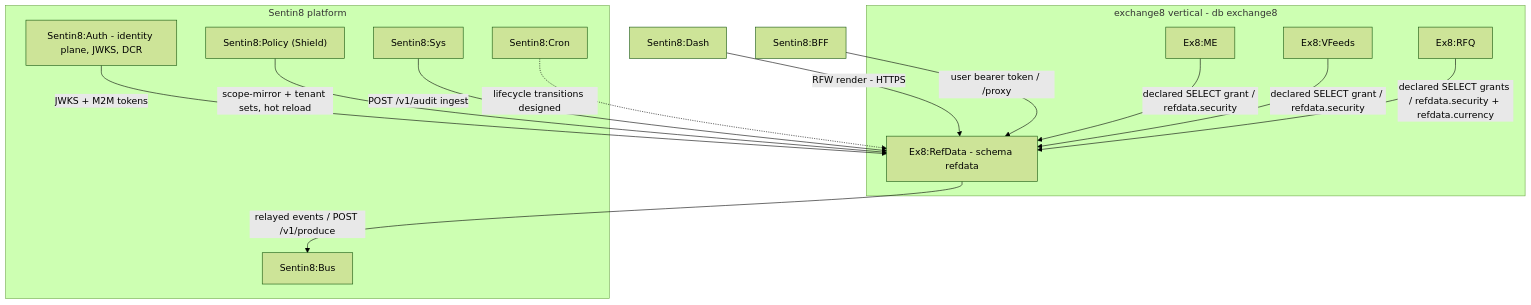
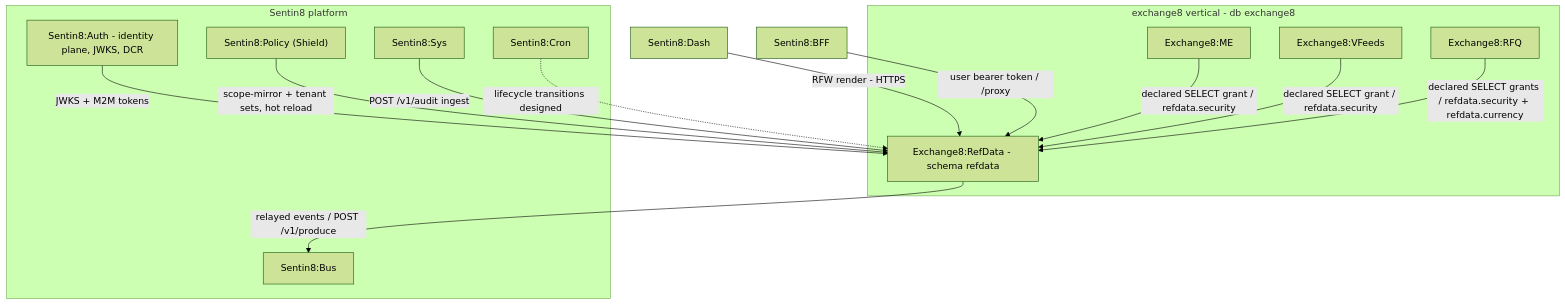
One commit to Exchange8-dev/exchange8-refdata changed the first of 16 diagrams in DESIGN.md. Above: the diagram before and after it, drawn with Mermaid (forest theme). The commit also changed other lines of this file and 12 other files, not shown here.

````diff
--- a/DESIGN.md
+++ b/DESIGN.md
@@ -40,28 +40,28 @@
 ```mermaid
 graph TD
     subgraph Vertical["exchange8 vertical - db exchange8"]
-        RD["Ex8:RefData - schema refdata"]
-        ME["Ex8:ME"]
-        VF["Ex8:VFeeds"]
-        RFQ["Ex8:RFQ"]
+        RD["Exchange8:RefData - schema refdata"]
+        ME["Exchange8:ME"]
+        VF["Exchange8:VFeeds"]
+        RFQ["Exchange8:RFQ"]
     end
     subgraph Platform["Sentin8 platform"]
         AUTH["Sentin8:Auth - identity plane, JWKS, DCR"]
         POLICY["Sentin8:Policy (Shield)"]
         BUS["Sentin8:Bus"]
         SYS["Sentin8:Sys"]
         CRON["Sentin8:Cron"]
     end
     DASH["Sentin8:Dash"]
     BFF["Sentin8:BFF"]
     DASH -->|"RFW render - HTTPS"| RD
     BFF -->|"user bearer token / /proxy"| RD
     AUTH -->|"JWKS + M2M tokens"| RD
     POLICY -->|"scope-mirror + tenant sets, hot reload"| RD
     RD -->|"relayed events / POST /v1/produce"| BUS
     SYS -->|"POST /v1/audit ingest"| RD
     CRON -. lifecycle transitions designed .-> RD
     ME -->|"declared SELECT grant / refdata.security"| RD
     VF -->|"declared SELECT grant / refdata.security"| RD
     RFQ -->|"declared SELECT grants / refdata.security + refdata.currency"| RD
 ```
````
